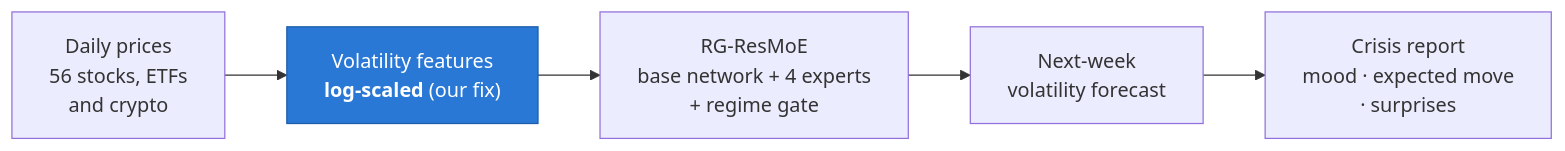
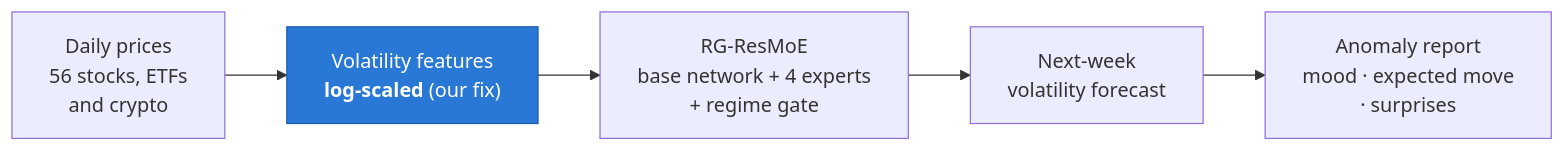
Before and after one commit to kaiji123/Anomality: the diagram in README.md, drawn with Mermaid. The commit also changed other lines of this file and 8 other files, not shown here.

First line of the commit message:
Rename "crisis report" to "anomaly report"

````diff
--- a/README.md
+++ b/README.md
@@ -78,9 +78,9 @@
 ```mermaid
 flowchart LR
     A["Daily prices<br/>56 stocks, ETFs<br/>and crypto"] --> B["Volatility features<br/><b>log-scaled</b> (our fix)"]
     B --> C["RG-ResMoE<br/>base network + 4 experts<br/>+ regime gate"]
     C --> D["Next-week<br/>volatility forecast"]
-    D --> E["Crisis report<br/>mood · expected move<br/>· surprises"]
+    D --> E["Anomaly report<br/>mood · expected move<br/>· surprises"]
     classDef ours fill:#2a78d6,stroke:#1c5cab,color:#ffffff;
     class B ours;
 ```
````
